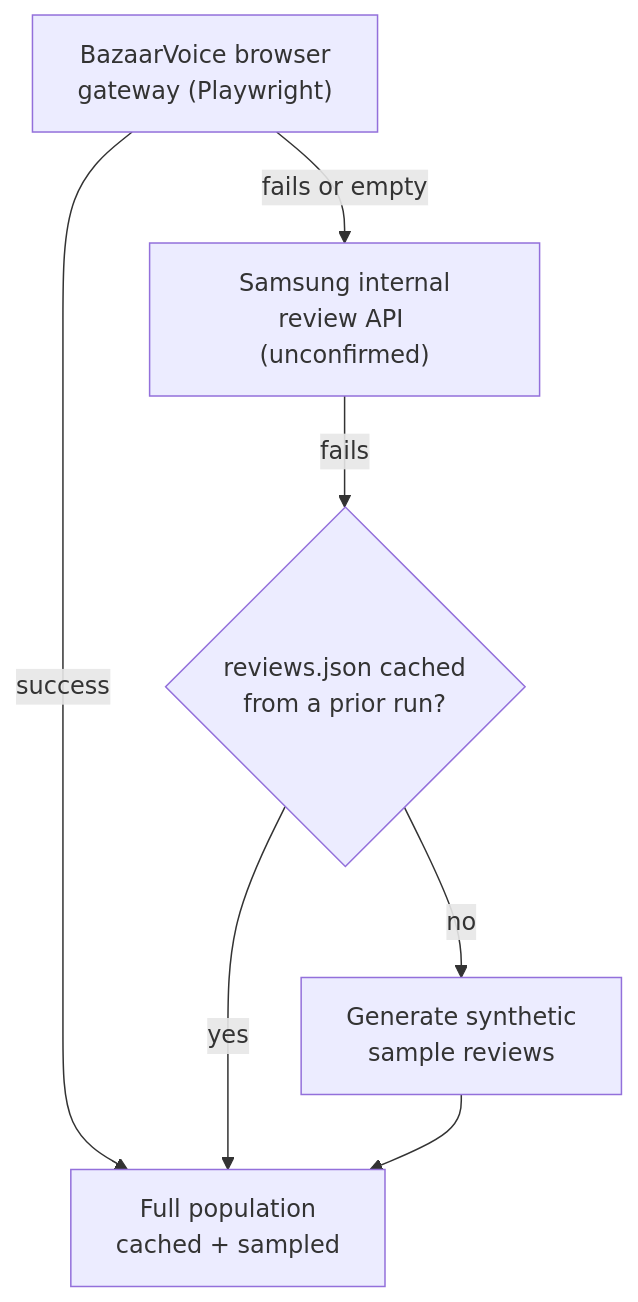
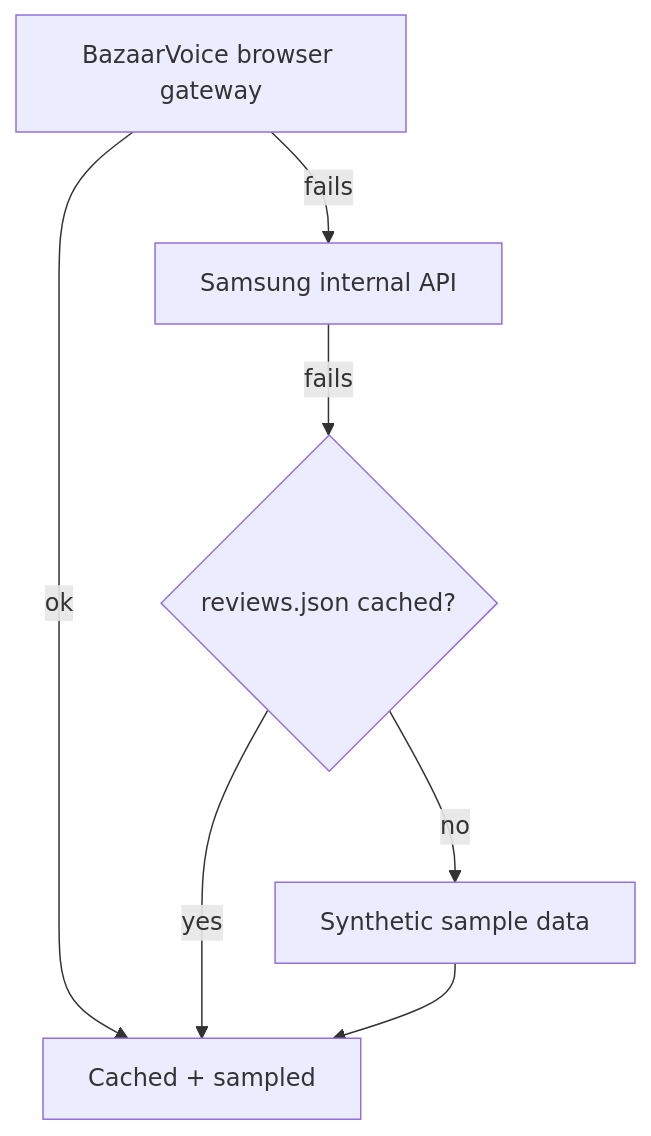
The second of 4 diagrams in README.md (dianakang/voc-intelligence-platform), drawn with Mermaid before and after one commit. The commit also changed other lines of this file and 1 other file, not shown here.

````diff
--- a/README.md
+++ b/README.md
@@ -40,9 +29,9 @@
 ```mermaid
 flowchart TD
-    R1["BazaarVoice browser<br/>gateway (Playwright)"] -->|success| R5["Full population<br/>cached + sampled"]
-    R1 -->|fails or empty| R2["Samsung internal<br/>review API (unconfirmed)"]
-    R2 -->|fails| R3{"reviews.json cached<br/>from a prior run?"}
-    R3 -->|yes| R5
-    R3 -->|no| R4["Generate synthetic<br/>sample reviews"]
-    R4 --> R5
+    A[BazaarVoice browser gateway] -->|ok| E[Cached + sampled]
+    A -->|fails| B[Samsung internal API]
+    B -->|fails| C{reviews.json cached?}
+    C -->|yes| E
+    C -->|no| D[Synthetic sample data]
+    D --> E
 ```
````
